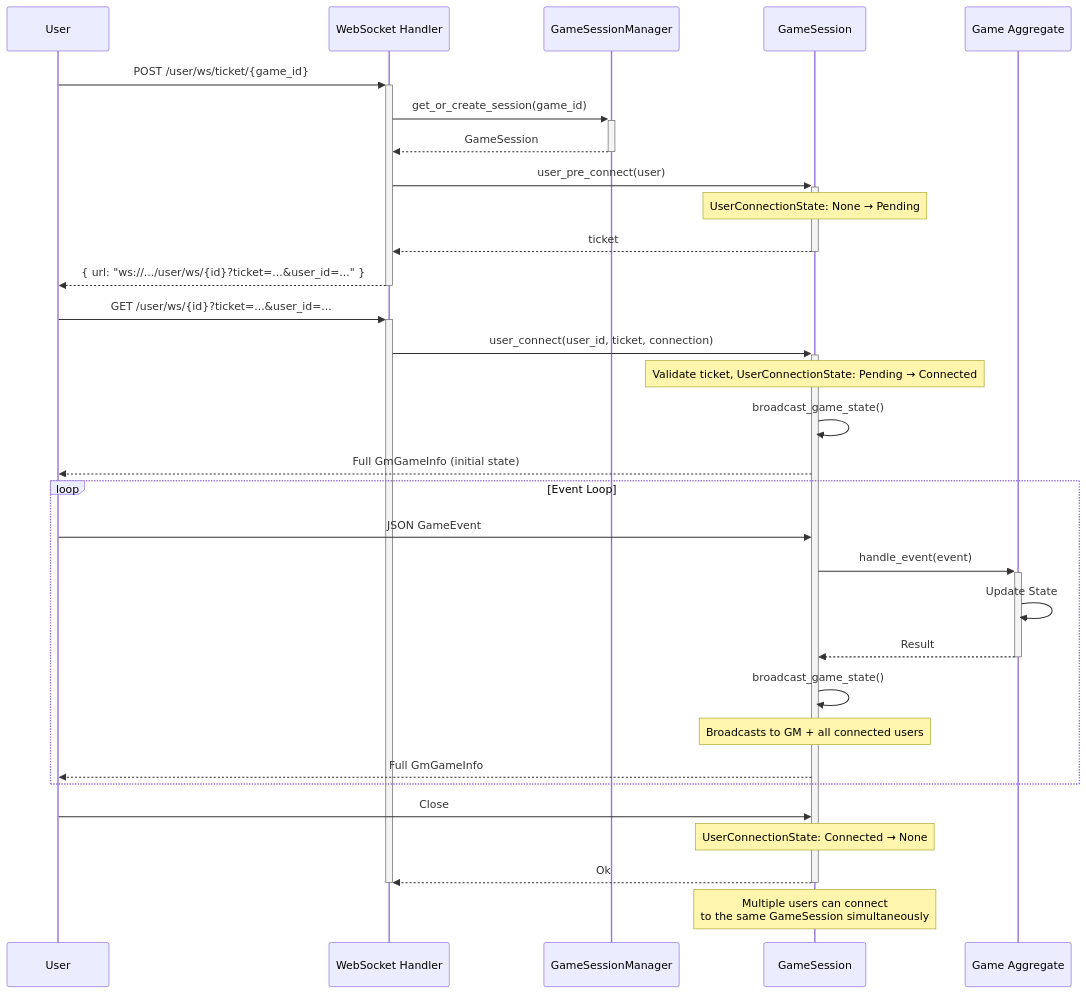
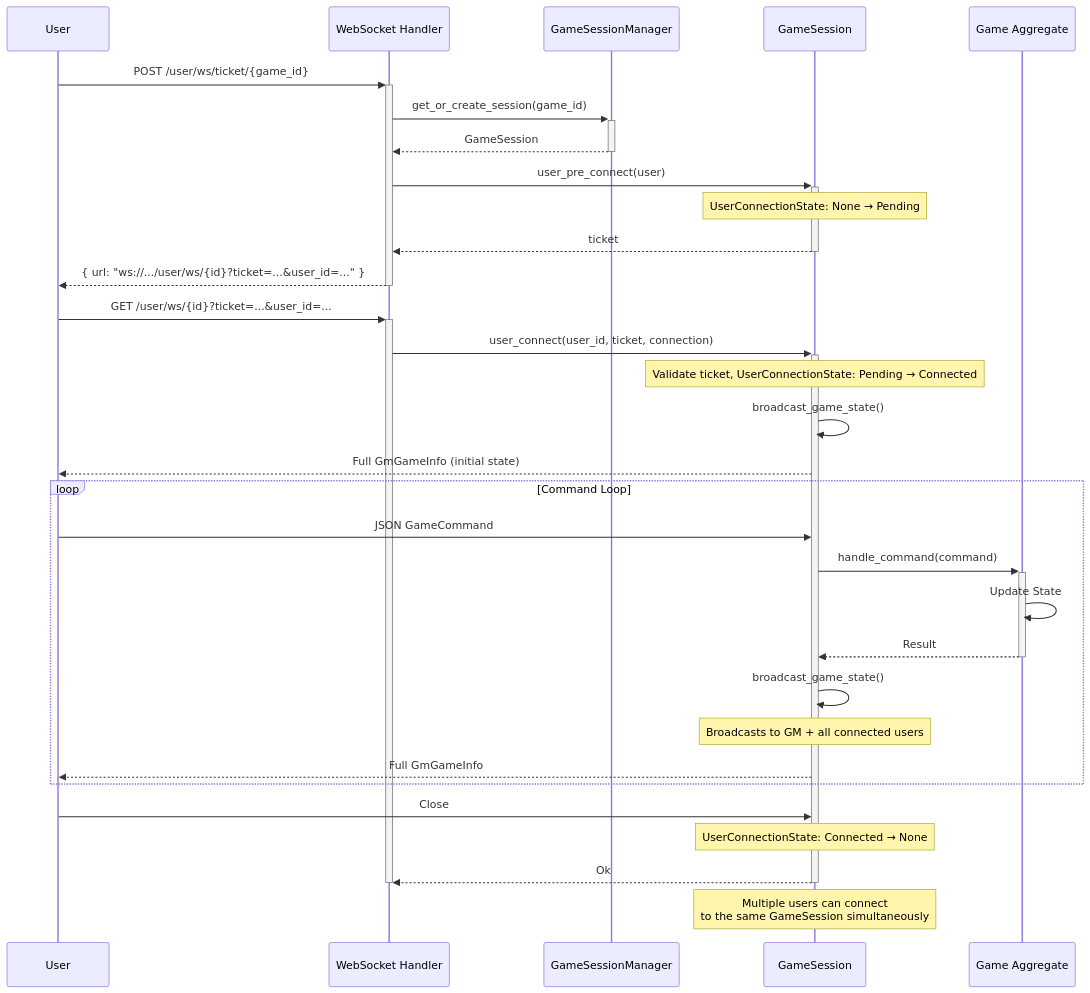
Before and after one commit to jakob-rzeppa/turnkeeper: diagram 13 of 14 in backend/ARCHITECTURE.md, drawn with Mermaid. The commit also changed other lines of this file and 35 other files, not shown here.

Commit message:
rename event to command

````diff
--- a/backend/ARCHITECTURE.md
+++ b/backend/ARCHITECTURE.md
@@ -484,39 +482,39 @@
 ```mermaid
 sequenceDiagram
     participant User
     participant WS as WebSocket Handler
     participant SessionMgr as GameSessionManager
     participant Session as GameSession
     participant Game as Game Aggregate
 
     User->>+WS: POST /user/ws/ticket/{game_id}
     WS->>+SessionMgr: get_or_create_session(game_id)
     SessionMgr-->>-WS: GameSession
     WS->>+Session: user_pre_connect(user)
     note over Session: UserConnectionState: None → Pending
     Session-->>-WS: ticket
     WS-->>-User: { url: "ws://.../user/ws/{id}?ticket=...&user_id=..." }
 
     User->>+WS: GET /user/ws/{id}?ticket=...&user_id=...
     WS->>+Session: user_connect(user_id, ticket, connection)
     note over Session: Validate ticket, UserConnectionState: Pending → Connected
     Session->>Session: broadcast_game_state()
     Session-->>User: Full GmGameInfo (initial state)
 
-    loop Event Loop
-        User->>Session: JSON GameEvent
-        Session->>+Game: handle_event(event)
+    loop Command Loop
+        User->>Session: JSON GameCommand
+        Session->>+Game: handle_command(command)
         Game->>Game: Update State
         Game-->>-Session: Result
         Session->>Session: broadcast_game_state()
         note over Session: Broadcasts to GM + all connected users
         Session-->>User: Full GmGameInfo
     end
 
     User->>Session: Close
     note over Session: UserConnectionState: Connected → None
     Session-->>-WS: Ok
     deactivate WS
 
     Note over Session: Multiple users can connect<br/>to the same GameSession simultaneously
 ```
````
